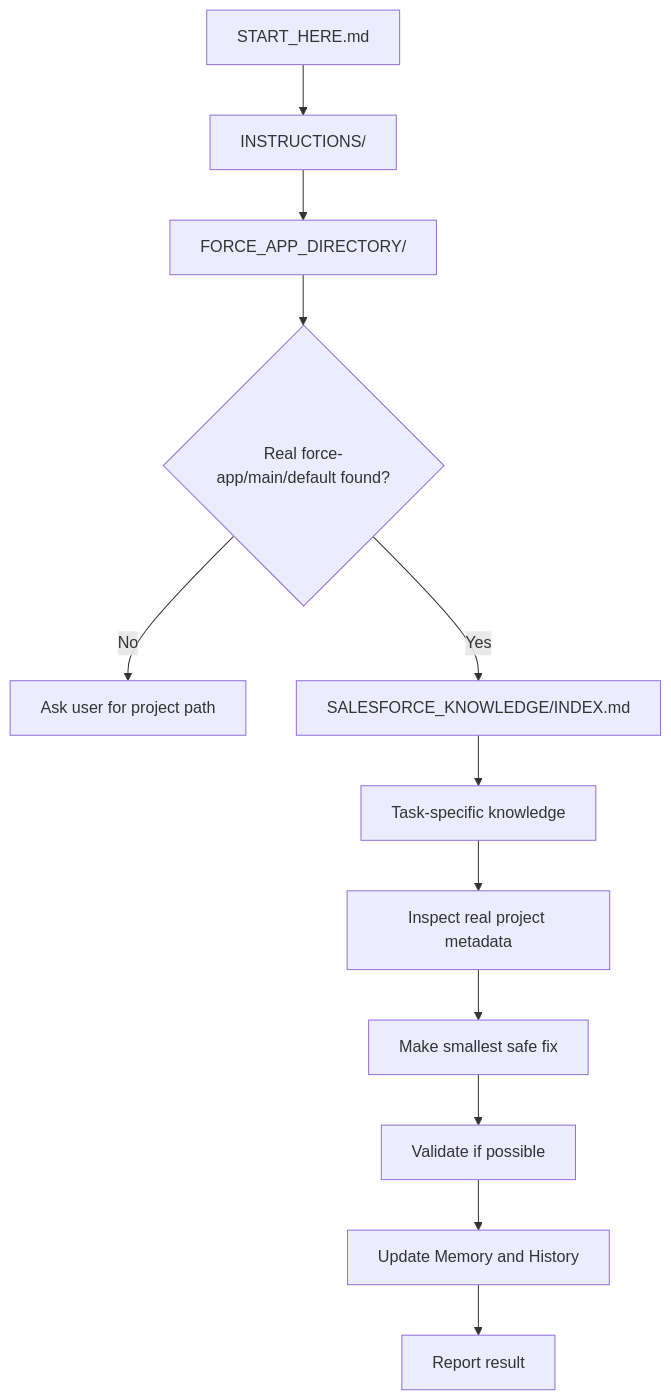
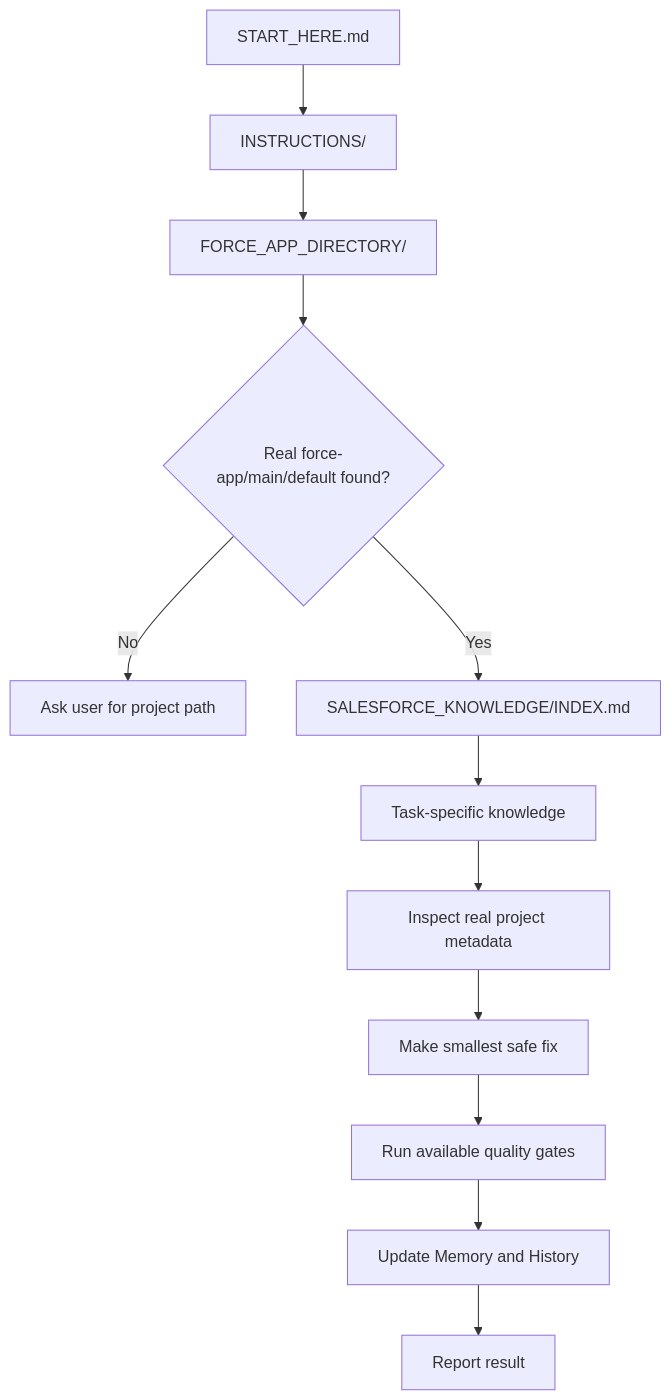
One commit to swayerloren/salesforce-coding changed the diagram in INSTRUCTIONS/REPO_MAP.md. Above: the diagram before and after it, drawn with Mermaid. The commit also changed other lines of this file and 84 other files, not shown here.

Commit message:
Add Salesforce tooling references and Codex quality gates

````diff
--- a/INSTRUCTIONS/REPO_MAP.md
+++ b/INSTRUCTIONS/REPO_MAP.md
@@ -136,14 +189,14 @@
 ```mermaid
 flowchart TD
   A[START_HERE.md] --> B[INSTRUCTIONS/]
   B --> C[FORCE_APP_DIRECTORY/]
   C --> D{Real force-app/main/default found?}
   D -- No --> E[Ask user for project path]
   D -- Yes --> F[SALESFORCE_KNOWLEDGE/INDEX.md]
   F --> G[Task-specific knowledge]
   G --> H[Inspect real project metadata]
   H --> I[Make smallest safe fix]
-  I --> J[Validate if possible]
+  I --> J[Run available quality gates]
   J --> K[Update Memory and History]
   K --> L[Report result]
 ```
````
